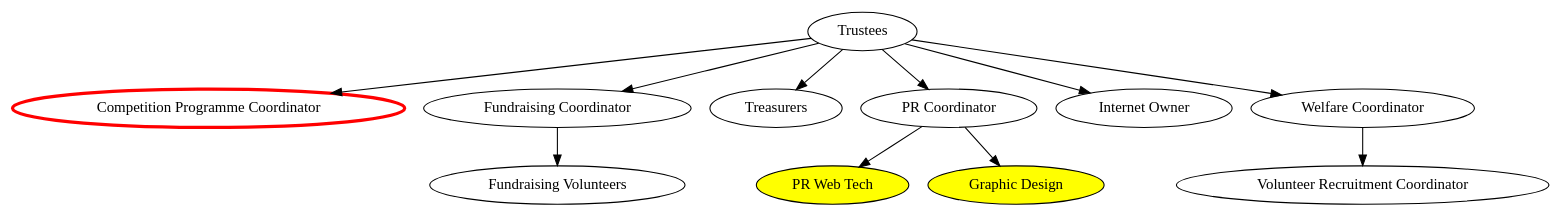
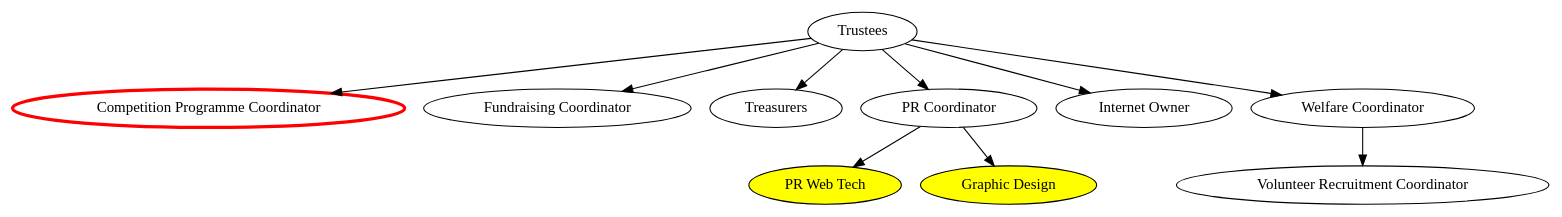
Before and after one commit to Adimote/legacy-ops-manual: the diagram in org-chart/top.dot, drawn with Graphviz.

Commit message:
Remove "Fundraising Volunteers" from org-chart
Now that named roles can bring in volunteers, these no longer need to be
in the org-chart.

```diff
--- a/org-chart/top.dot
+++ b/org-chart/top.dot
@@ -1,33 +1,29 @@
 digraph {
 	####### Node declarations
 	### Highest-level
 	trustees [label="Trustees" email="trustees@studentrobotics.org"];
 	
 	### Second level
 	comp_prog_coord [label="Competition Programme Coordinator" color=red penwidth=3 rolesexclude=true]; // Email and tel defined in comp-prog.dot
 	fund_coord [label="Fundraising Coordinator" email="fundraising@studentrobotics.org"];
 	treasurers [label="Treasurers" email="treasurers@studentrobotics.org"];
 	pr_coord [label="PR Coordinator" email="pr@studentrobotics.org"];
 	internet_owner [label="Internet Owner" email="internet@studentrobotics.org"];
 	welfare_coord [label="Welfare Coordinator" email="welfare@studentrobotics.org"];
 	
 	### Third Level
 	
-	# Fundraising Coordinator Subordinates
-	fund_volunteers [label="Fundraising Volunteers" contactsexclude=true];
-	
 	# PR Coordinator Subordinates
 	pr_web_tech [label="PR Web Tech" fillcolor=yellow style=filled contactsexclude=true];
 	graphic_design [label="Graphic Design" fillcolor=yellow style=filled contactsexclude=true];
 	
 	# Welfare Coordinator Subordinates
 	vol_rec_coord[label="Volunteer Recruitment Coordinator" email="volunteer-recruitment@studentrobotics.org"];
 	
 	###### Connections between nodes
 	
 	trustees -> { comp_prog_coord fund_coord treasurers pr_coord internet_owner welfare_coord };
 	
 	pr_coord -> { pr_web_tech graphic_design };
 	welfare_coord -> { vol_rec_coord };
-	fund_coord -> { fund_volunteers };
 }
```
